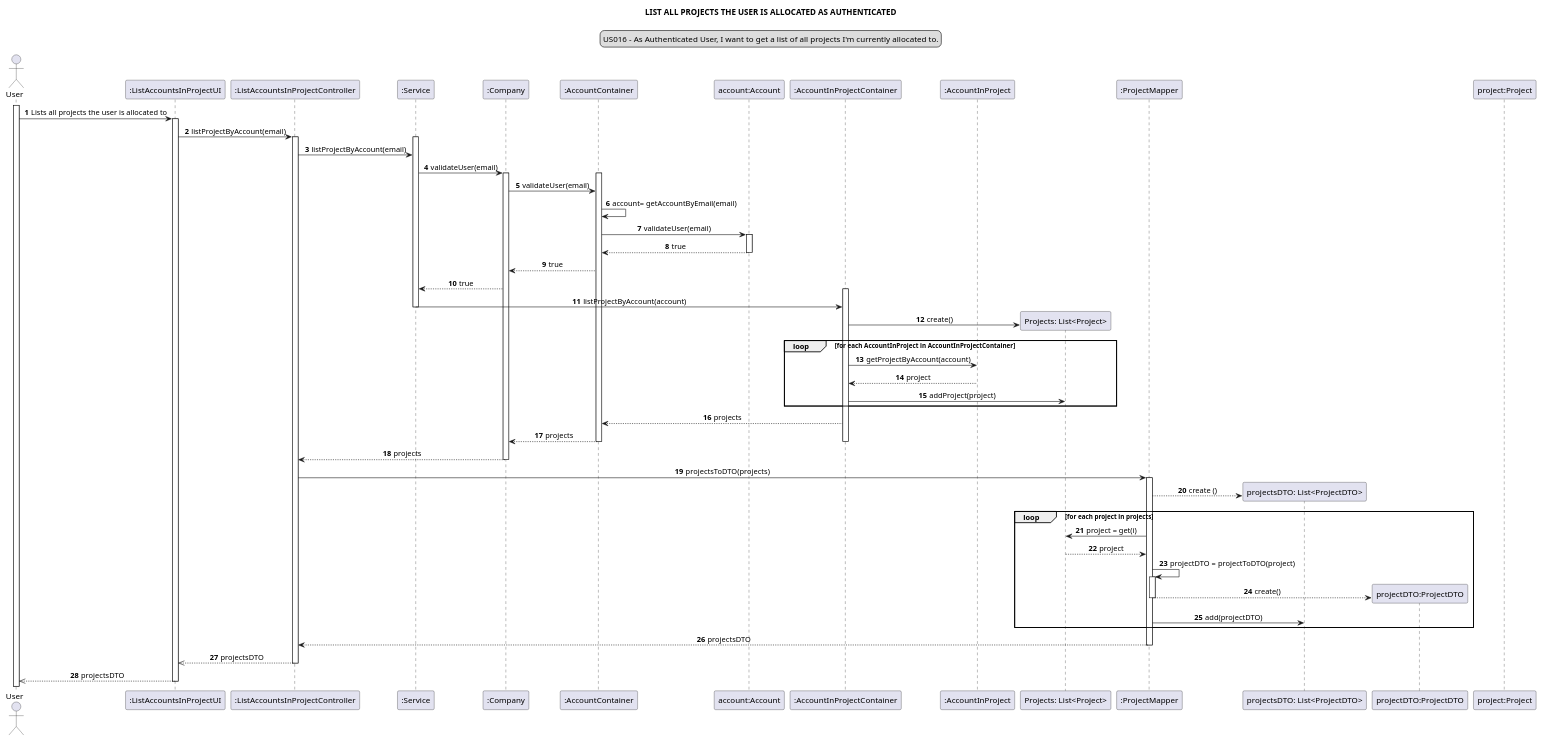
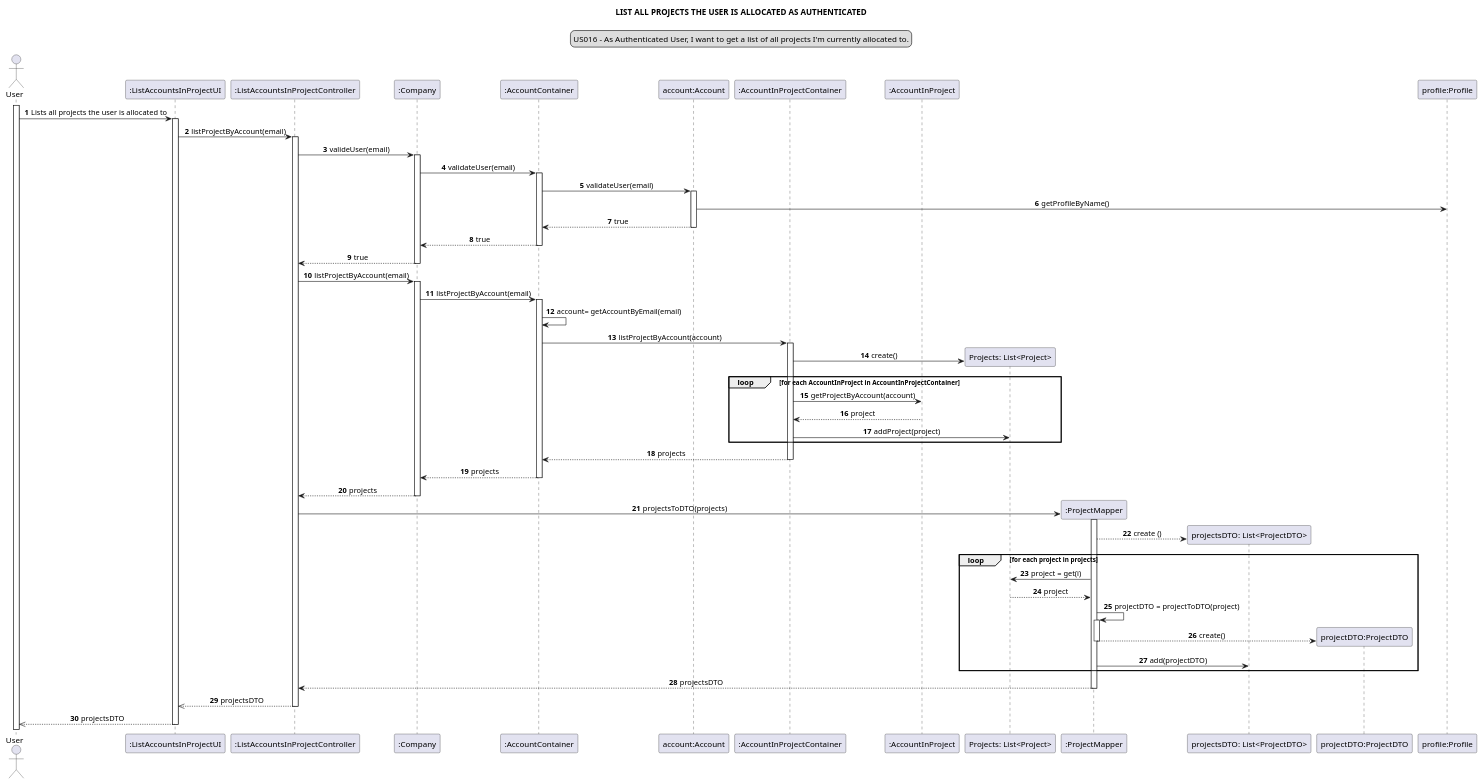
Before and after one commit to Loracline/project_switch_22-23: the diagram in docs/modelling_design/user_stories/sprint02/us016/US016_sequenceDiagram.puml, drawn with PlantUML.

Commit message:
US016:Implementation: added isUser method to Profile class and Account Class; added validateUser to AccountContainer Class and Company Class; Added respective tests to each ClassTest

```diff
--- a/docs/modelling_design/user_stories/sprint02/us016/US016_sequenceDiagram.puml
+++ b/docs/modelling_design/user_stories/sprint02/us016/US016_sequenceDiagram.puml
@@ -1,80 +1,89 @@
 @startuml
 skinparam sequenceMessageAlign center
 title LIST ALL PROJECTS THE USER IS ALLOCATED AS AUTHENTICATED
 legend top
 US016 - As Authenticated User, I want to get a list of all projects I'm currently allocated to.
 end legend
 autonumber
 actor User
 participant ":ListAccountsInProjectUI" as ui
 participant ":ListAccountsInProjectController" as controller
-participant ":Service" as svc
 participant ":Company" as company
 participant ":AccountContainer" as container
+
 participant "account:Account" as acc
 participant ":AccountInProjectContainer" as aipc
 participant ":AccountInProject" as aip
 participant "Projects: List<Project>" as list
 participant ":ProjectMapper" as mapper
 participant "projectsDTO: List<ProjectDTO>" as listdto
 participant "projectDTO:ProjectDTO" as DTO
-participant "project:Project" as pp
+participant "profile:Profile" as pf
 
 activate User
 User -> ui: Lists all projects the user is allocated to
 activate ui
 ui -> controller: listProjectByAccount(email)
 activate controller
-activate svc
-controller -> svc: listProjectByAccount(email)
-svc -> company: validateUser(email)
+controller -> company: valideUser(email)
 activate company
+
+company -> container: validateUser(email)
 activate container
-company -> container: validateUser(email)
-container ->container: account= getAccountByEmail(email)
 container -> acc: validateUser(email)
 activate acc
+acc -> pf: getProfileByName()
 acc-->container : true
 deactivate acc
 container--> company: true
-company--> svc:true
+deactivate container
+company --> controller: true
+deactivate company
+controller -> company: listProjectByAccount(email)
+activate company
+company -> container : listProjectByAccount(email)
+activate container
+container -> container : account= getAccountByEmail(email)
+container -> aipc : listProjectByAccount(account)
 activate aipc
-svc -> aipc: listProjectByAccount(account)
-deactivate svc
+
 create list
 aipc -> list :create()
 loop for each AccountInProject in AccountInProjectContainer
 aipc -> aip : getProjectByAccount(account)
 aip --> aipc : project
 aipc -> list : addProject(project)
 end loop
 aipc --> container : projects
-container--> company : projects
 deactivate aipc
+container --> company : projects
+deactivate container
+
 deactivate container
 
 company --> controller : projects
 deactivate company
+create mapper
 controller -> mapper: projectsToDTO(projects)
 deactivate company
 activate mapper
 create listdto
 mapper --> listdto : create ()
 loop for each project in projects
 mapper -> list: project = get(i)
 list --> mapper: project
 deactivate aipc
 mapper -> mapper : projectDTO = projectToDTO(project)
 activate mapper
 create DTO
 mapper --> DTO : create()
 deactivate mapper
 mapper -> listdto :add(projectDTO)
 end loop
 mapper --> controller :projectsDTO
 deactivate mapper
 controller -->> ui: projectsDTO
 deactivate controller
 ui -->> User: projectsDTO
 deactivate ui
 @enduml
```
